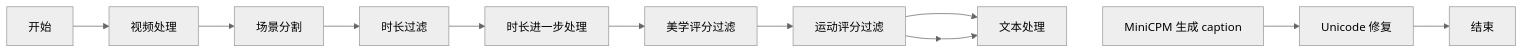
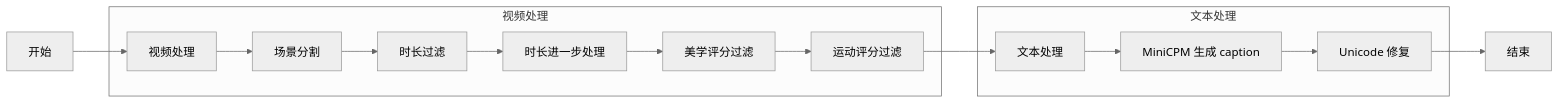
The diagram in README.md (simplaj/Modelscope-Sora), drawn with Mermaid (neutral theme) before and after one commit.

````diff
--- a/README.md
+++ b/README.md
@@ -4,20 +4,29 @@
 ```mermaid
-flowchart LR
+graph LR
     A[开始] --> B[视频处理]
     B --> C[场景分割]
     C --> D[时长过滤]
     D --> E[时长进一步处理]
     E --> F[美学评分过滤]
     F --> G[运动评分过滤]
+    
     G --> H[文本处理]
-    
     H --> I[MiniCPM 生成 caption]
     I --> J[Unicode 修复]
     J --> K[结束]
     
-    %% 使用不可见节点强制分行
-    G --> Z[ ]
-    Z --> H
-    linkStyle 7 stroke:none;
-    style Z height:0px,width:0px,fill:none;
+    subgraph 视频处理
+    B
+    C
+    D
+    E
+    F
+    G
+    end
+    
+    subgraph 文本处理
+    H
+    I
+    J
+    end
 ```
````
